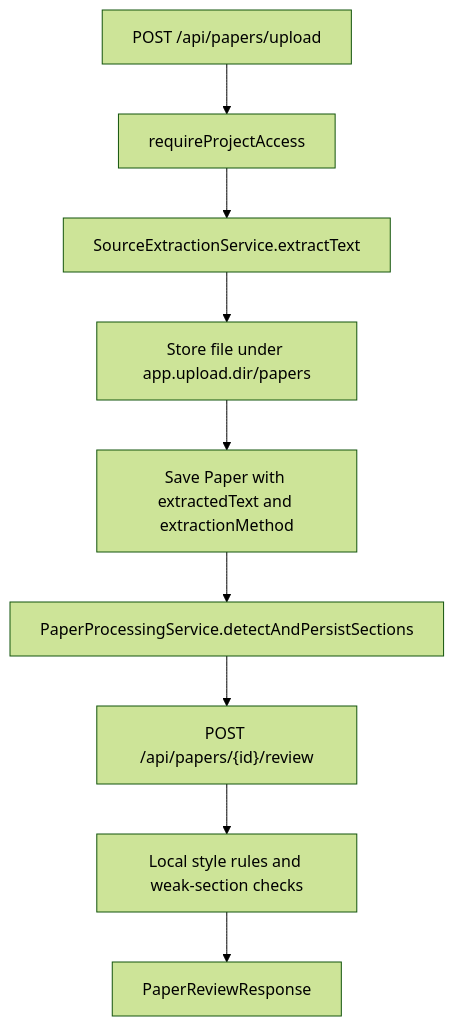
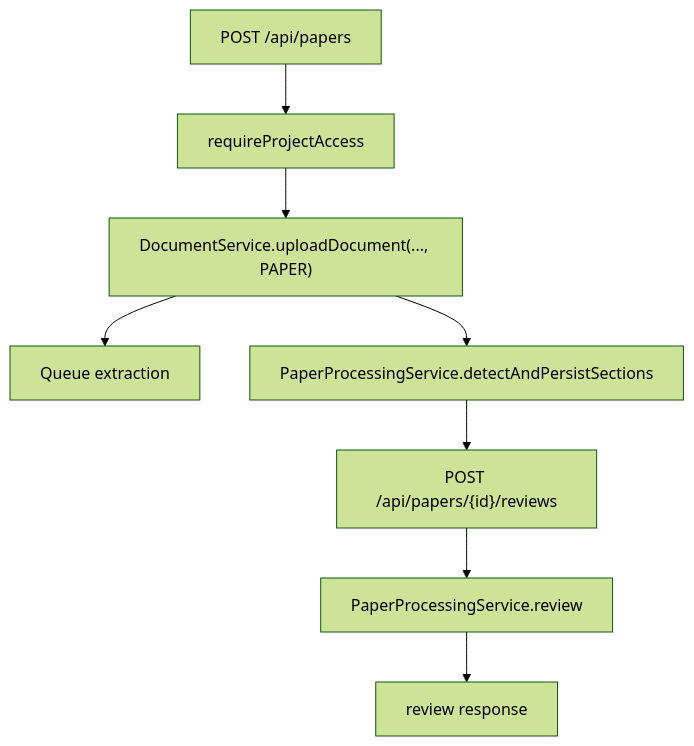
Before and after one commit to MinhKien17/SEP490_Prototype: the seventh of 10 diagrams in README.md, drawn with Mermaid (forest theme). The commit also changed other lines of this file, not shown here.

````diff
--- a/README.md
+++ b/README.md
@@ -313,11 +316,10 @@
 ```mermaid
 flowchart TD
-    Upload["POST /api/papers/upload"] --> Access["requireProjectAccess"]
-    Access --> Extract["SourceExtractionService.extractText"]
-    Extract --> Store["Store file under app.upload.dir/papers"]
-    Store --> Paper["Save Paper with extractedText and extractionMethod"]
-    Paper --> Sections["PaperProcessingService.detectAndPersistSections"]
-    Sections --> Review["POST /api/papers/{id}/review"]
-    Review --> Rules["Local style rules and weak-section checks"]
-    Rules --> Response["PaperReviewResponse"]
+    Upload["POST /api/papers"] --> Access["requireProjectAccess"]
+    Access --> DocumentService["DocumentService.uploadDocument(..., PAPER)"]
+    DocumentService --> Queue["Queue extraction"]
+    DocumentService --> Sections["PaperProcessingService.detectAndPersistSections"]
+    Sections --> Review["POST /api/papers/{id}/reviews"]
+    Review --> AI["PaperProcessingService.review"]
+    AI --> Response["review response"]
 ```
````
